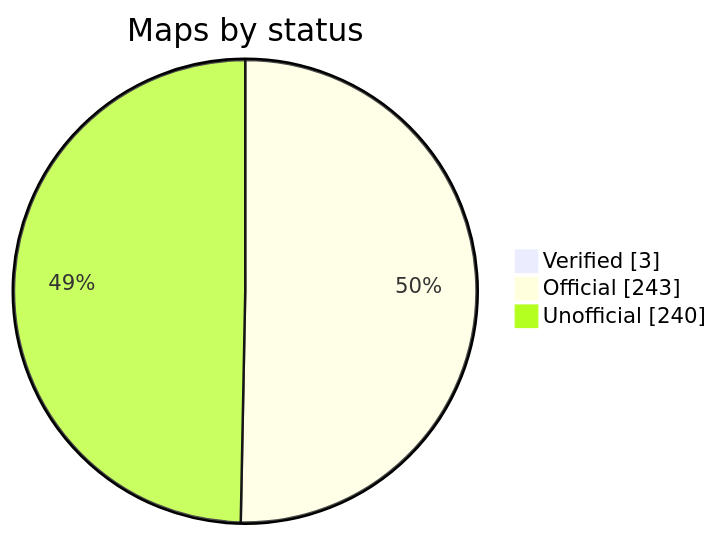
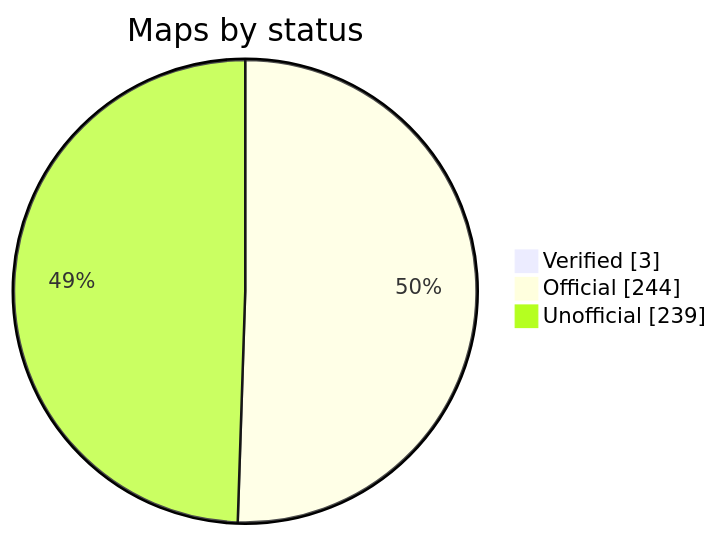
One commit to nobrega8/mbmap-library changed the diagram in README.md. Above: the diagram before and after it, drawn with Mermaid. The commit also changed 2 other files, not shown here.

Commit message:
Rewrite the Schneider EM6400 map from the manufacturer's register map

````diff
--- a/README.md
+++ b/README.md
@@ -48,7 +48,7 @@
 ```mermaid
 pie showData
     title Maps by status
     "Verified" : 3
-    "Official" : 243
-    "Unofficial" : 240
+    "Official" : 244
+    "Unofficial" : 239
 ```
````
